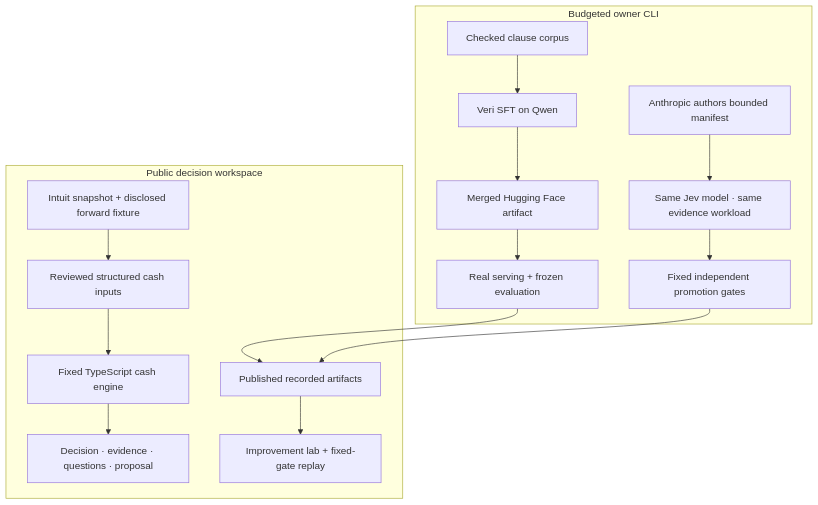
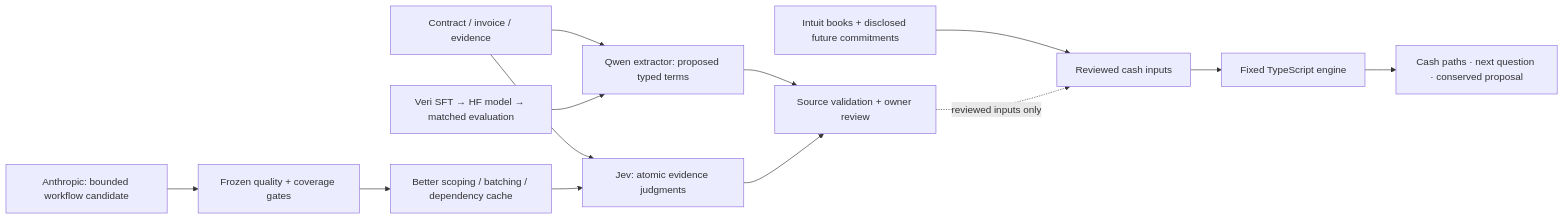
The diagram in README.md (ManagementMO/greenlight), drawn with Mermaid before and after one commit. The commit also changed other lines of this file and 18 other files, not shown here.

Commit message:
Build reviewed v5 extraction corpus and usefulness gates

````diff
--- a/README.md
+++ b/README.md
@@ -68,18 +49,15 @@
 ```mermaid
-flowchart TD
-  subgraph Public[Public decision workspace]
-    S[Intuit snapshot + disclosed forward fixture] --> C[Reviewed structured cash inputs]
-    C --> E[Fixed TypeScript cash engine]
-    E --> U[Decision · evidence · questions · proposal]
-    A[Published recorded artifacts] --> L[Improvement lab + fixed-gate replay]
-  end
-  subgraph Owner[Budgeted owner CLI]
-    D[Checked clause corpus] --> V[Veri SFT on Qwen]
-    V --> H[Merged Hugging Face artifact]
-    H --> X[Real serving + frozen evaluation]
-    X --> A
-    P[Anthropic authors bounded manifest] --> J[Same Jev model · same evidence workload]
-    J --> G[Fixed independent promotion gates]
-    G --> A
-  end
+flowchart LR
+  B["Intuit books + disclosed future commitments"] --> R["Reviewed cash inputs"]
+  D["Contract / invoice / evidence"] --> X["Qwen extractor: proposed typed terms"]
+  D --> J["Jev: atomic evidence judgments"]
+  X --> O["Source validation + owner review"]
+  J --> O
+  O -. "reviewed inputs only" .-> R
+  R --> E["Fixed TypeScript engine"]
+  E --> U["Cash paths · next question · conserved proposal"]
+  A["Anthropic: bounded workflow candidate"] --> G["Frozen quality + coverage gates"]
+  G --> H["Better scoping / batching / dependency cache"]
+  H --> J
+  V["Veri SFT → HF model → matched evaluation"] --> X
 ```
````
